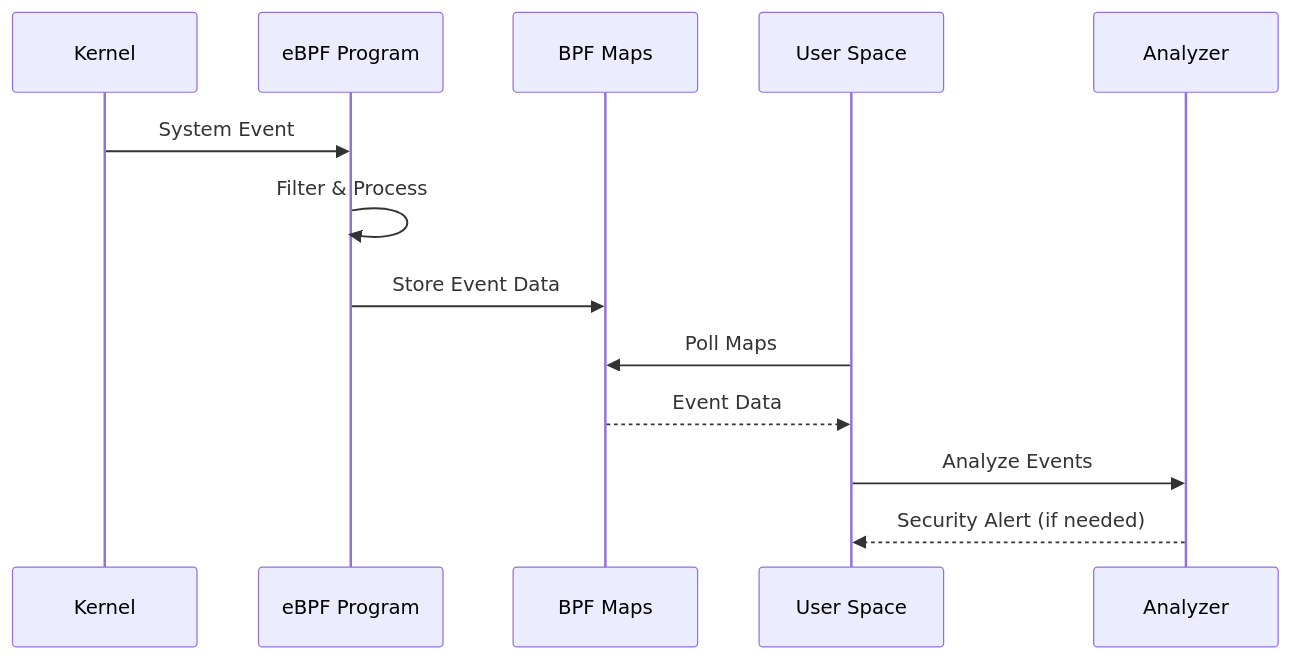
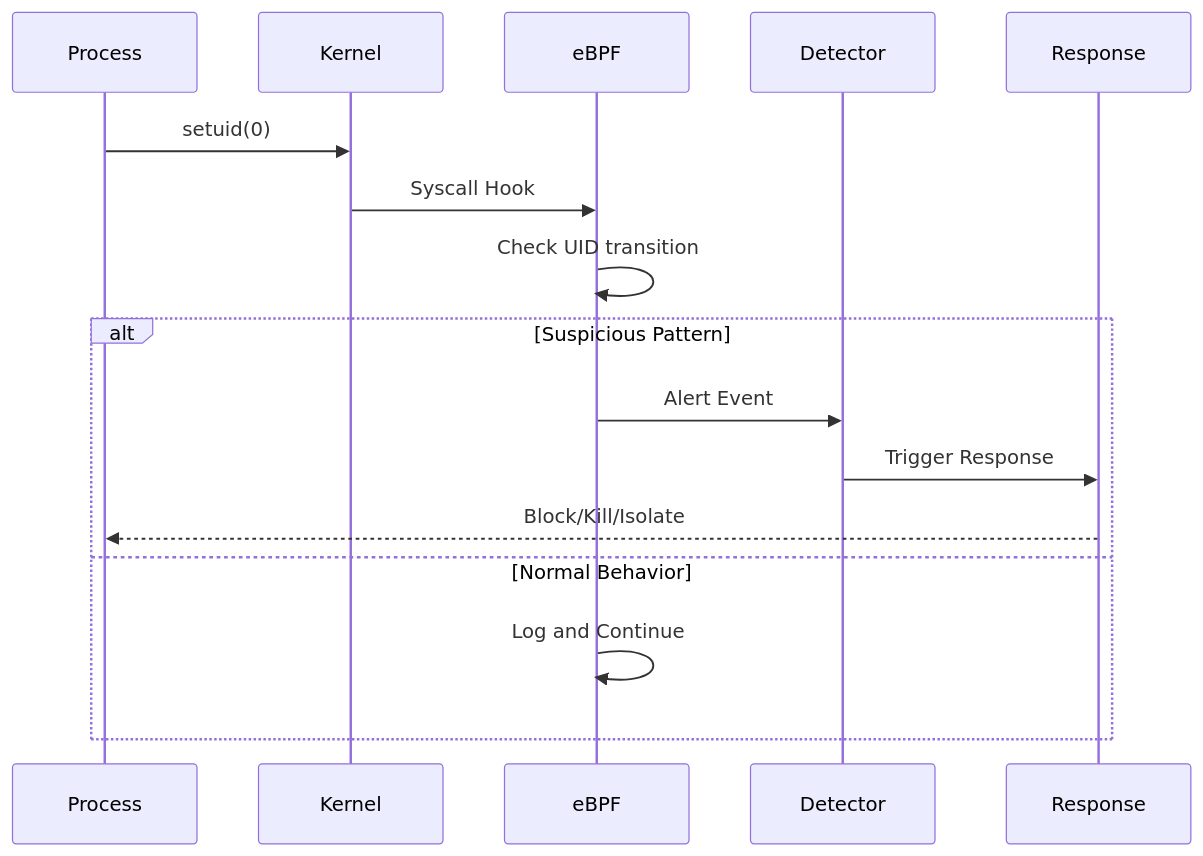
Before and after one commit to williamzujkowski/williamzujkowski.github.io: the third of 9 diagrams in src/posts/2025-07-01-ebpf-security-monitoring-practical-guide.md, drawn with Mermaid. The commit also changed other lines of this file and 58 other files, not shown here.

````diff
--- a/src/posts/2025-07-01-ebpf-security-monitoring-practical-guide.md
+++ b/src/posts/2025-07-01-ebpf-security-monitoring-practical-guide.md
@@ -69,16 +139,19 @@
 ```mermaid
 sequenceDiagram
-    participant K as Kernel
-    participant B as eBPF Program
-    participant M as BPF Maps
-    participant U as User Space
-    participant A as Analyzer
+    participant Process
+    participant Kernel
+    participant eBPF
+    participant Detector
+    participant Response
     
-    K->>B: System Event
-    B->>B: Filter & Process
-    B->>M: Store Event Data
-    U->>M: Poll Maps
-    M-->>U: Event Data
-    U->>A: Analyze Events
-    A-->>U: Security Alert (if needed)
+    Process->>Kernel: setuid(0)
+    Kernel->>eBPF: Syscall Hook
+    eBPF->>eBPF: Check UID transition
+    alt Suspicious Pattern
+        eBPF->>Detector: Alert Event
+        Detector->>Response: Trigger Response
+        Response-->>Process: Block/Kill/Isolate
+    else Normal Behavior
+        eBPF->>eBPF: Log and Continue
+    end
 ```
````
